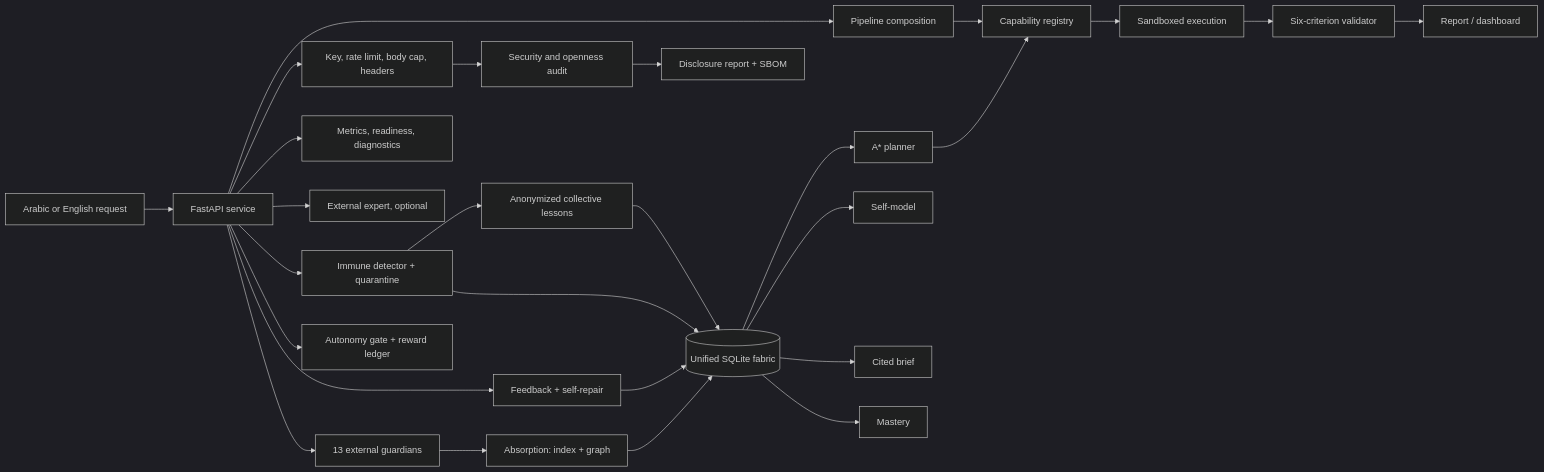
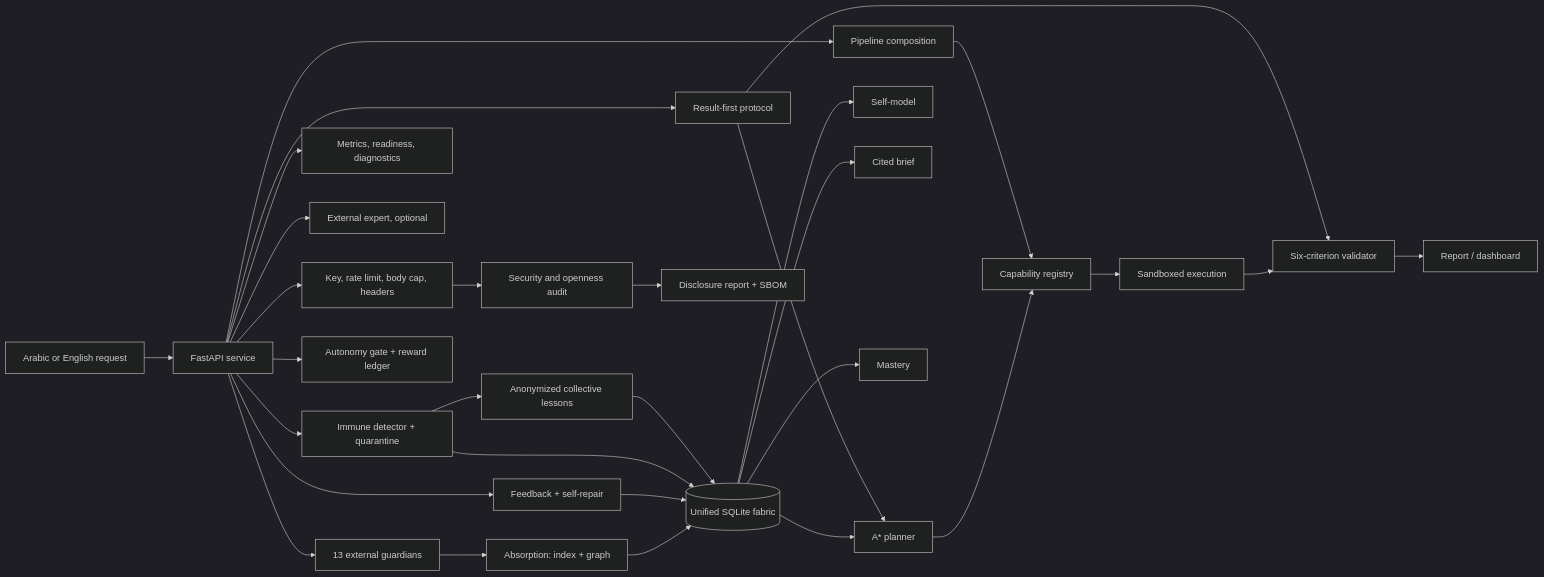
The diagram in docs/ARCHITECTURE.md (mansourhashad8-tech/sovereign-fabric), drawn with Mermaid (dark theme) before and after one commit. The commit also changed other lines of this file and 9 other files, not shown here.

First line of the commit message:
Add result-first deterministic execution protocol

````diff
--- a/docs/ARCHITECTURE.md
+++ b/docs/ARCHITECTURE.md
@@ -3,29 +3,32 @@
 ```mermaid
 flowchart LR
   U[Arabic or English request] --> API[FastAPI service]
   API --> G[13 external guardians]
   G --> A[Absorption: index + graph]
   A --> F[(Unified SQLite fabric)]
   F --> P[A* planner]
   P --> C[Capability registry]
   C --> X[Sandboxed execution]
   API --> PL[Pipeline composition]
   PL --> C
   X --> V[Six-criterion validator]
   V --> R[Report / dashboard]
   F --> S[Self-model]
   F --> B[Cited brief]
   F --> M[Mastery]
   API --> GUARD[Key, rate limit, body cap, headers]
   API --> OPS[Metrics, readiness, diagnostics]
   API --> EX[External expert, optional]
   API --> FB[Feedback + self-repair]
   FB --> F
   API --> IM[Immune detector + quarantine]
   IM --> F
   IM --> CO[Anonymized collective lessons]
   CO --> F
   API --> AU[Autonomy gate + reward ledger]
+  API --> PR[Result-first protocol]
+  PR --> P
+  PR --> V
   GUARD --> SEC[Security and openness audit]
   SEC --> D[Disclosure report + SBOM]
 ```
````
